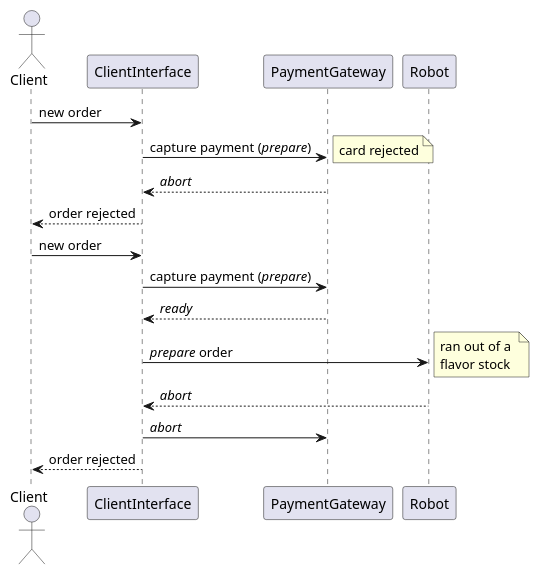
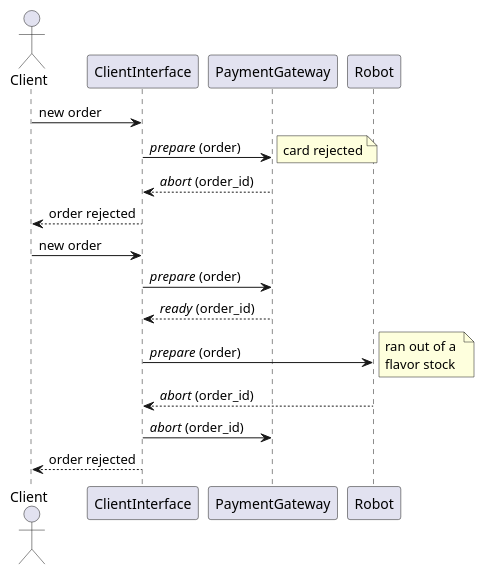
One commit to rebeselman/tp2-concurrentes-1c2024 changed the diagram in img/diagrams/puml/abort_sequences.puml. Above: the diagram before and after it, drawn with PlantUML. The commit also changed 4 other files, not shown here.

Commit message:
actualizo modelo de dominio, supuestos y diagramas de secuencia

```diff
--- a/img/diagrams/puml/abort_sequences.puml
+++ b/img/diagrams/puml/abort_sequences.puml
@@ -1,27 +1,28 @@
-@startuml abort sequences
+@startuml abort_sequences
 actor Client
 participant ClientInterface
 participant PaymentGateway
 participant Robot
 
 Client -> ClientInterface: new order
-ClientInterface -> PaymentGateway: capture payment (//prepare//)
+ClientInterface -> PaymentGateway: //prepare// (order)
 note right 
 card rejected
 end note
-PaymentGateway --> ClientInterface: //abort//
+PaymentGateway --> ClientInterface: //abort// (order_id)
+
 ClientInterface --> Client: order rejected
 
 Client -> ClientInterface: new order
-ClientInterface -> PaymentGateway: capture payment (//prepare//)
-PaymentGateway --> ClientInterface: //ready//
-ClientInterface -> Robot: //prepare// order
+ClientInterface -> PaymentGateway: //prepare// (order)
+PaymentGateway --> ClientInterface: //ready// (order_id)
+ClientInterface -> Robot: //prepare// (order)
 note right
 ran out of a 
 flavor stock
 end note
-Robot --> ClientInterface: //abort// 
-ClientInterface -> PaymentGateway: //abort//
+Robot --> ClientInterface: //abort// (order_id)
+ClientInterface -> PaymentGateway: //abort// (order_id)
 ClientInterface --> Client: order rejected
 
 @enduml
```
